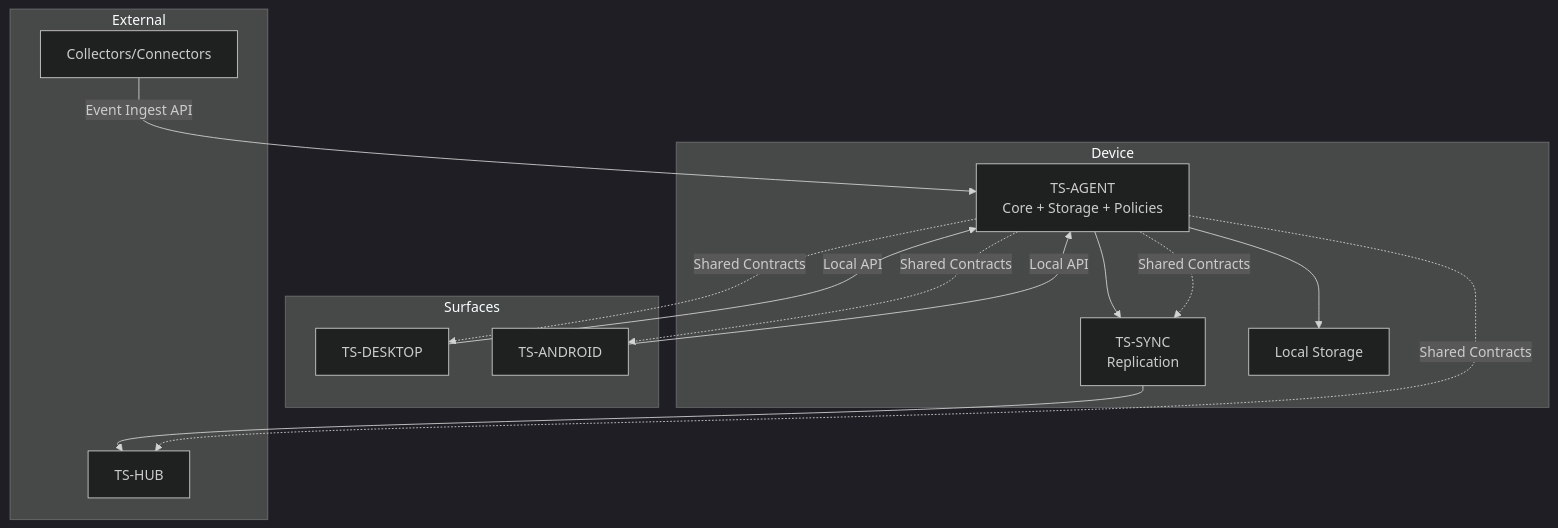
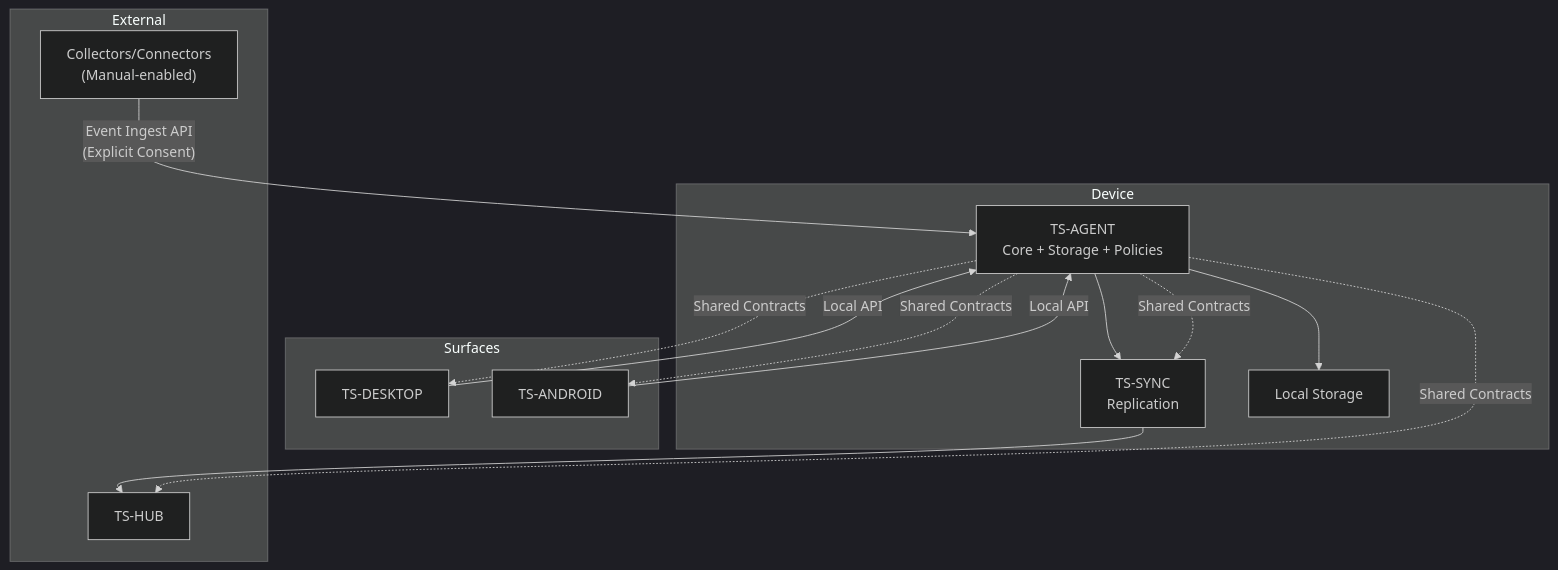
One commit to asukhodko/timeskein changed the second of 7 diagrams in .qoder/repowiki/en/content/Architecture Decision Records.md. Above: the diagram before and after it, drawn with Mermaid (dark theme). The commit also changed other lines of this file and 8 other files, not shown here.

First line of the commit message:
docs(architecture): adopt manual-first philosophy as core architectural foundation

````diff
--- a/.qoder/repowiki/en/content/Architecture Decision Records.md
+++ b/.qoder/repowiki/en/content/Architecture Decision Records.md
@@ -100,25 +99,25 @@
 ```mermaid
 graph TB
 subgraph "Device"
 Agent["TS-AGENT<br/>Core + Storage + Policies"]
 Sync["TS-SYNC<br/>Replication"]
 Store["Local Storage"]
 end
 subgraph "Surfaces"
 Desktop["TS-DESKTOP"]
 Android["TS-ANDROID"]
 end
 subgraph "External"
-Collectors["Collectors/Connectors"]
+Collectors["Collectors/Connectors<br/>(Manual-enabled)"]
 Hub["TS-HUB"]
 end
 Desktop --> |"Local API"| Agent
 Android --> |"Local API"| Agent
-Collectors --> |"Event Ingest API"| Agent
+Collectors --> |"Event Ingest API<br/>(Explicit Consent)"| Agent
 Agent --> Store
 Agent --> Sync --> Hub
 Agent -.->|"Shared Contracts"| Desktop
 Agent -.->|"Shared Contracts"| Android
 Agent -.->|"Shared Contracts"| Sync
 Agent -.->|"Shared Contracts"| Hub
 ```
````
